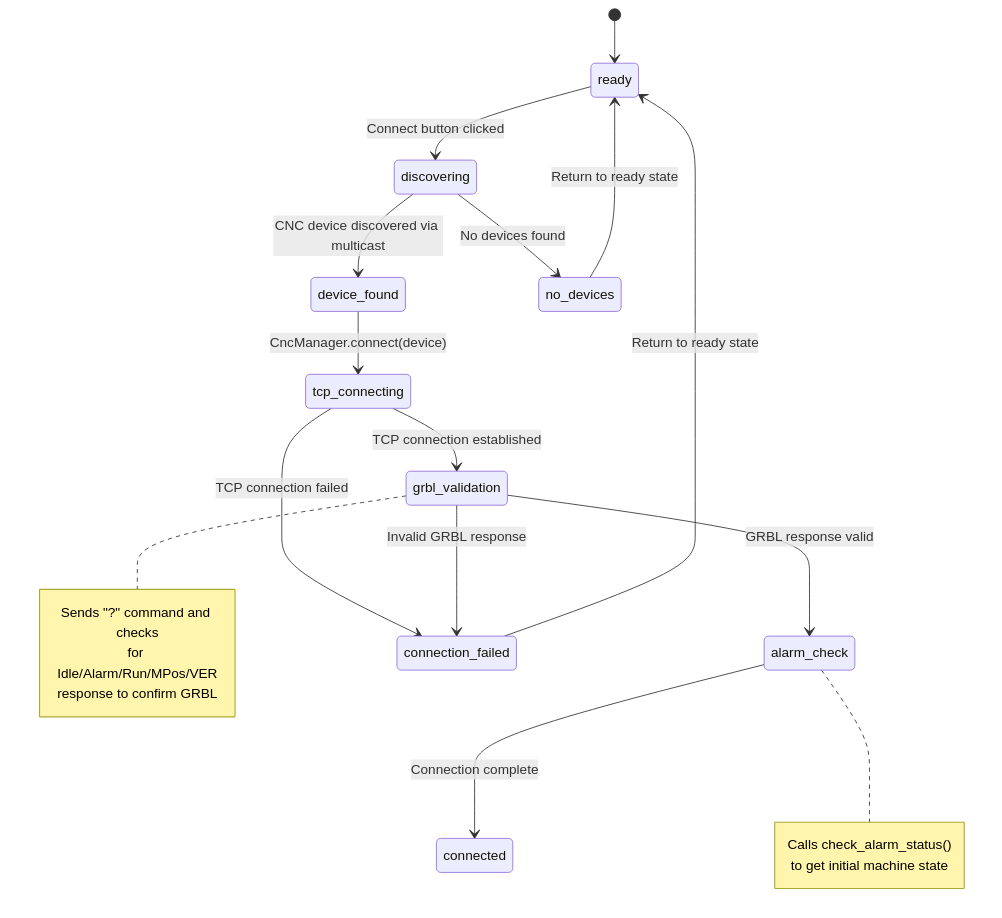
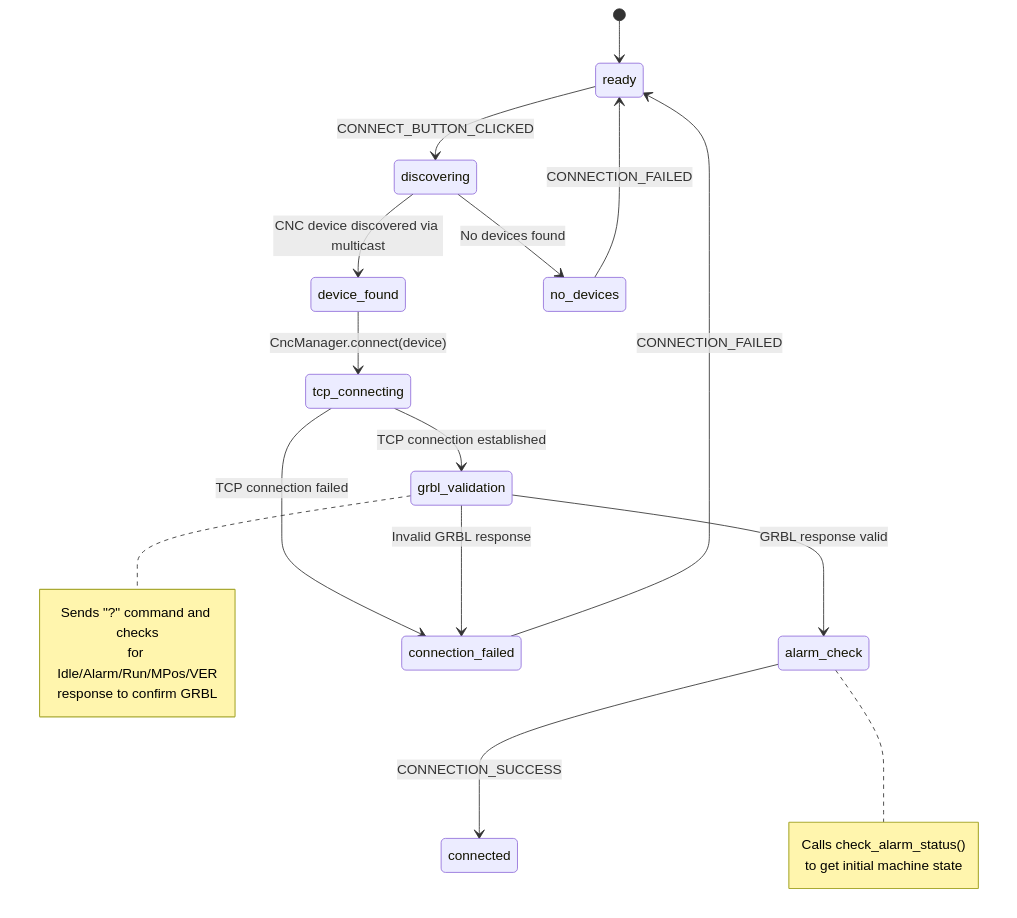
Before and after one commit to berickson/cnc: the third of 6 diagrams in homing_state_diagrams.md, drawn with Mermaid. The commit also changed other lines of this file and 7 other files, not shown here.

````diff
--- a/homing_state_diagrams.md
+++ b/homing_state_diagrams.md
@@ -83,26 +83,26 @@
 ```mermaid
 stateDiagram-v2
     [*] --> ready
-    ready --> discovering : Connect button clicked
+    ready --> discovering : CONNECT_BUTTON_CLICKED
     discovering --> device_found : CNC device discovered via multicast
     discovering --> no_devices : No devices found
     device_found --> tcp_connecting : CncManager.connect(device)
     tcp_connecting --> grbl_validation : TCP connection established
     grbl_validation --> alarm_check : GRBL response valid
-    alarm_check --> connected : Connection complete
+    alarm_check --> connected : CONNECTION_SUCCESS
     tcp_connecting --> connection_failed : TCP connection failed
     grbl_validation --> connection_failed : Invalid GRBL response
-    no_devices --> ready : Return to ready state
-    connection_failed --> ready : Return to ready state
+    no_devices --> ready : CONNECTION_FAILED
+    connection_failed --> ready : CONNECTION_FAILED
     
     note right of grbl_validation
         Sends "?" command and checks
         for Idle/Alarm/Run/MPos/VER
         response to confirm GRBL
     end note
     
     note right of alarm_check
         Calls check_alarm_status()
         to get initial machine state
     end note
 ```
````
